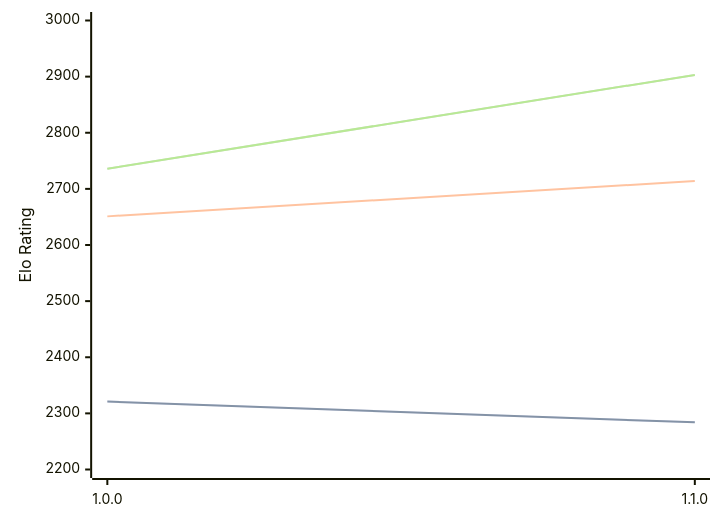
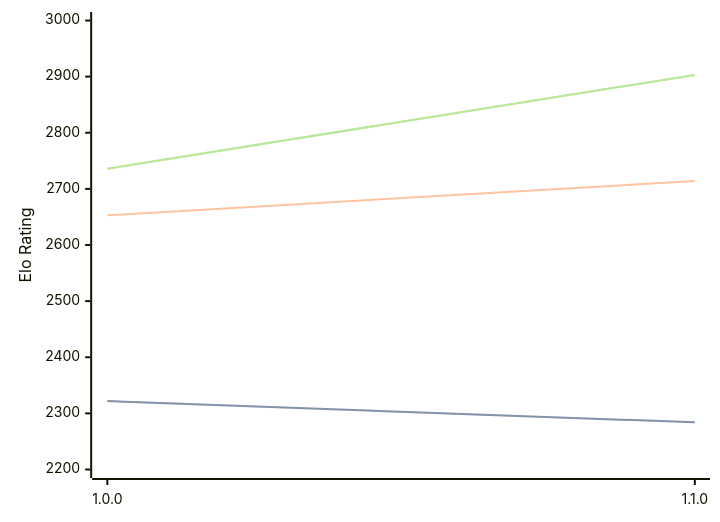
Before and after one commit to computer-chess-index/cci: the diagram in engines/ShallowGuess.md, drawn with Mermaid. The commit also changed other lines of this file, not shown here.

````diff
--- a/engines/ShallowGuess.md
+++ b/engines/ShallowGuess.md
@@ -32,11 +32,11 @@
 ```mermaid
 %%{init: {"theme":"base","themeVariables":{"seriesColors:['#a3a3a3','#222221','#faa371']}}}%%
 xychart-beta
   x-axis ["1.0.0", "1.1.0"]
   y-axis "Elo Rating" 2200 --> 3000
-  line "STC (8.0+0.08s)" [2321, 2284]
-  line "STC (8.0+0.08s)" [2321, 2284]
-  line "LTC (60.0+0.60s)" [2651, 2714]
+  line "STC (8.0+0.08s)" [2322, 2284]
+  line "STC (8.0+0.08s)" [2322, 2284]
+  line "LTC (60.0+0.60s)" [2653, 2714]
   line "VLTC (2m24s+1.12s)" [2736, 2903]
   line "VLTC (2m24s+1.12s)" [2736, 2903]
 ```
````
